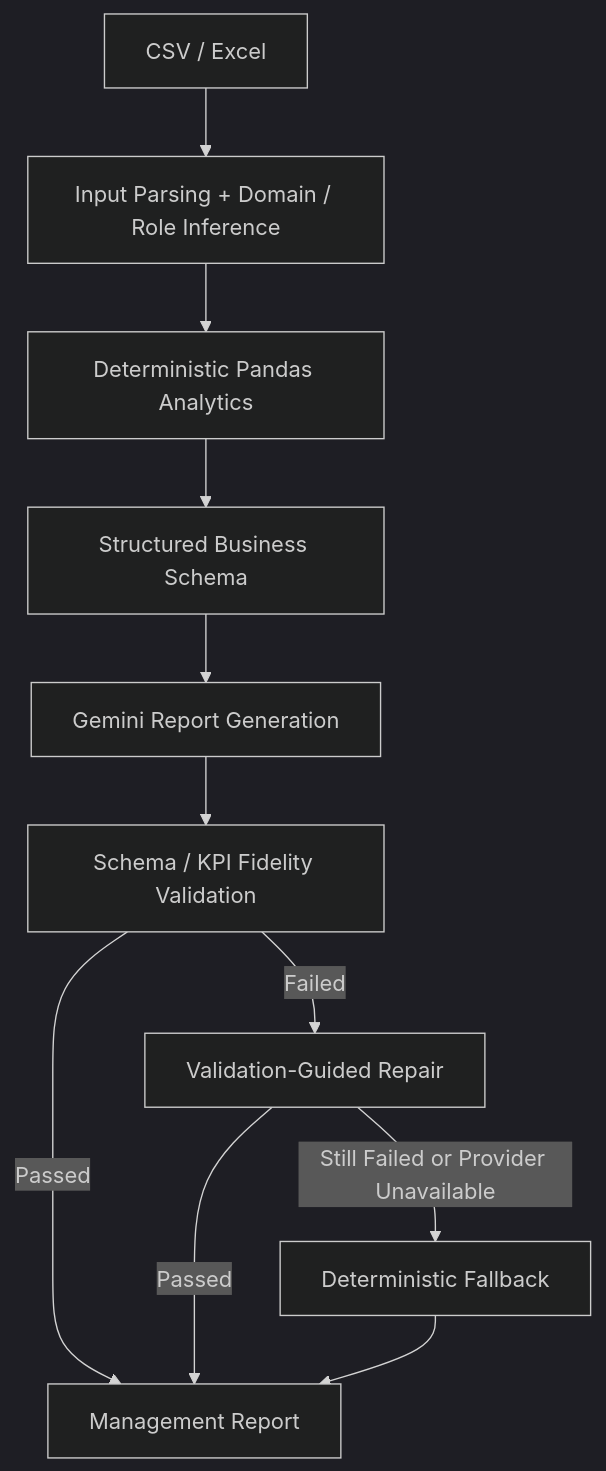
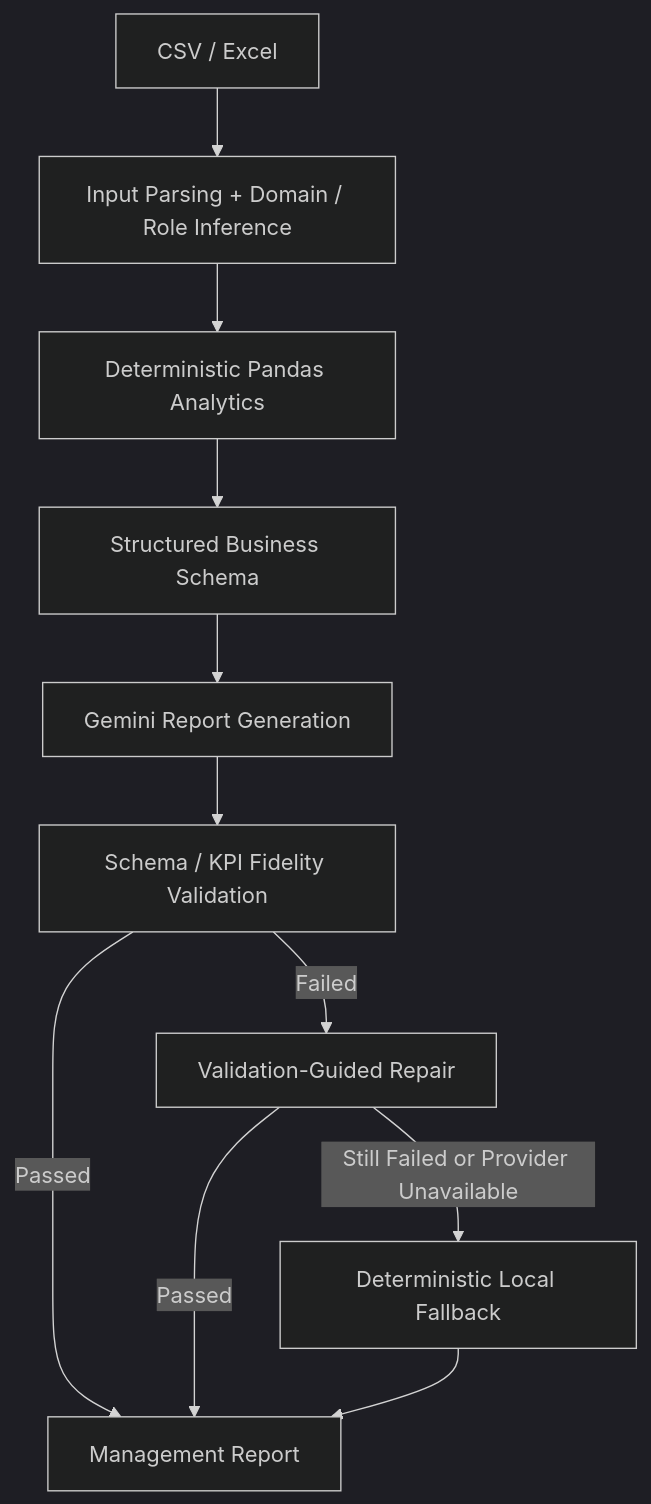
The diagram in README.md (ikeylee123/data-analysis-agent), drawn with Mermaid (dark theme) before and after one commit. The commit also changed other lines of this file and 4 other files, not shown here.

````diff
--- a/README.md
+++ b/README.md
@@ -19,13 +49,13 @@
 ```mermaid
 flowchart TD
     A[CSV / Excel] --> B[Input Parsing + Domain / Role Inference]
     B --> C[Deterministic Pandas Analytics]
     C --> D[Structured Business Schema]
     D --> E[Gemini Report Generation]
     E --> F[Schema / KPI Fidelity Validation]
     F -->|Passed| I[Management Report]
     F -->|Failed| G[Validation-Guided Repair]
     G -->|Passed| I
-    G -->|Still Failed or Provider Unavailable| H[Deterministic Fallback]
+    G -->|Still Failed or Provider Unavailable| H[Deterministic Local Fallback]
     H --> I
 ```
````
